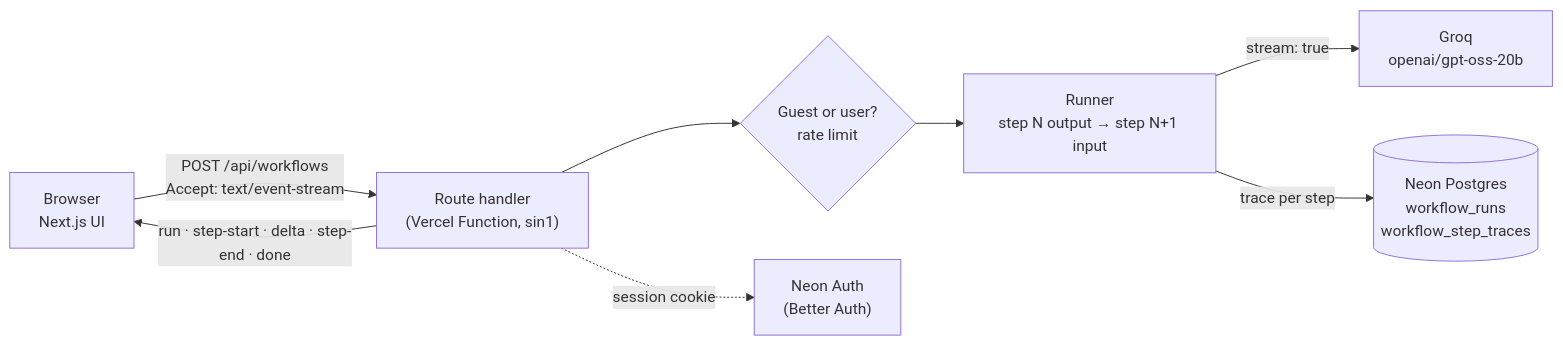
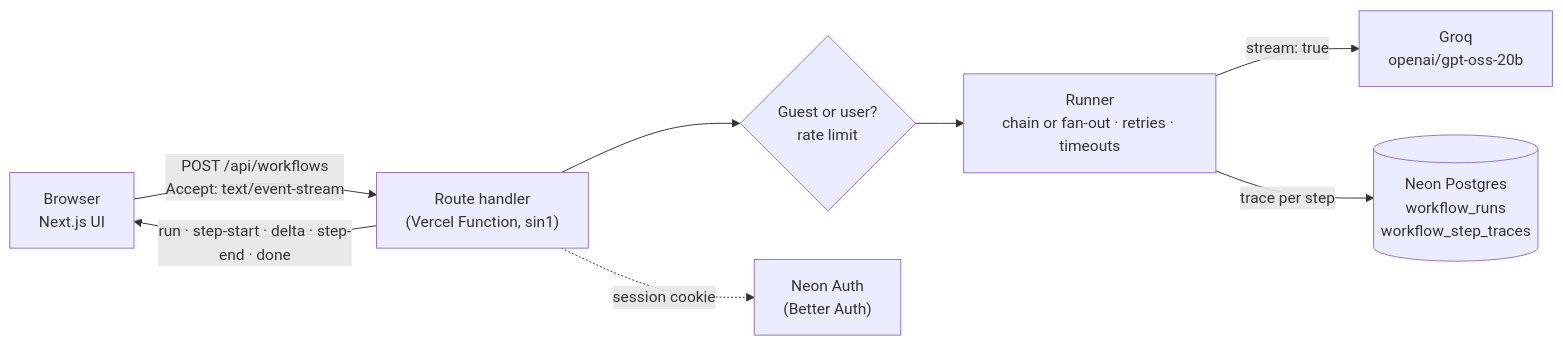
Before and after one commit to Anshul3977/workflow-builder: the diagram in README.md, drawn with Mermaid. The commit also changed other lines of this file and 37 other files, not shown here.

First line of the commit message:
Retries with backoff and per-step timeouts, cost tracking, fan-out steps, eval harness, OpenAPI spec

````diff
--- a/README.md
+++ b/README.md
@@ -11,10 +11,10 @@
 ```mermaid
 flowchart LR
   B["Browser<br/>Next.js UI"] -- "POST /api/workflows<br/>Accept: text/event-stream" --> R["Route handler<br/>(Vercel Function, sin1)"]
   R -- "run · step-start · delta · step-end · done" --> B
   R --> L{"Guest or user?<br/>rate limit"}
-  L --> X["Runner<br/>step N output → step N+1 input"]
+  L --> X["Runner<br/>chain or fan-out · retries · timeouts"]
   X -- "stream: true" --> G["Groq<br/>openai/gpt-oss-20b"]
   X -- "trace per step" --> D[("Neon Postgres<br/>workflow_runs<br/>workflow_step_traces")]
   R -. "session cookie" .-> A["Neon Auth<br/>(Better Auth)"]
 ```
````
